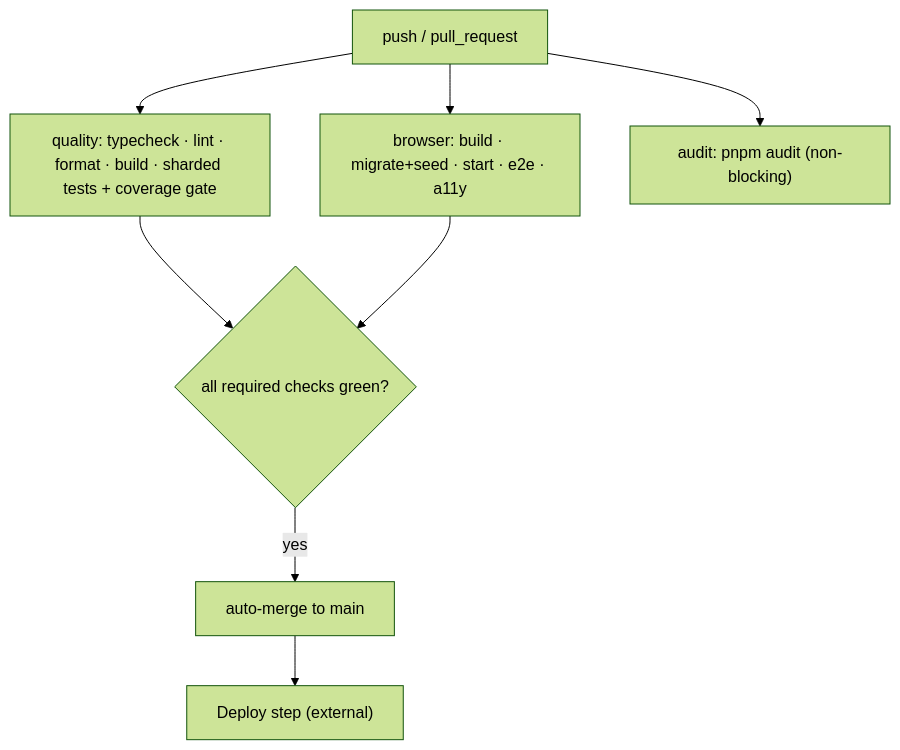
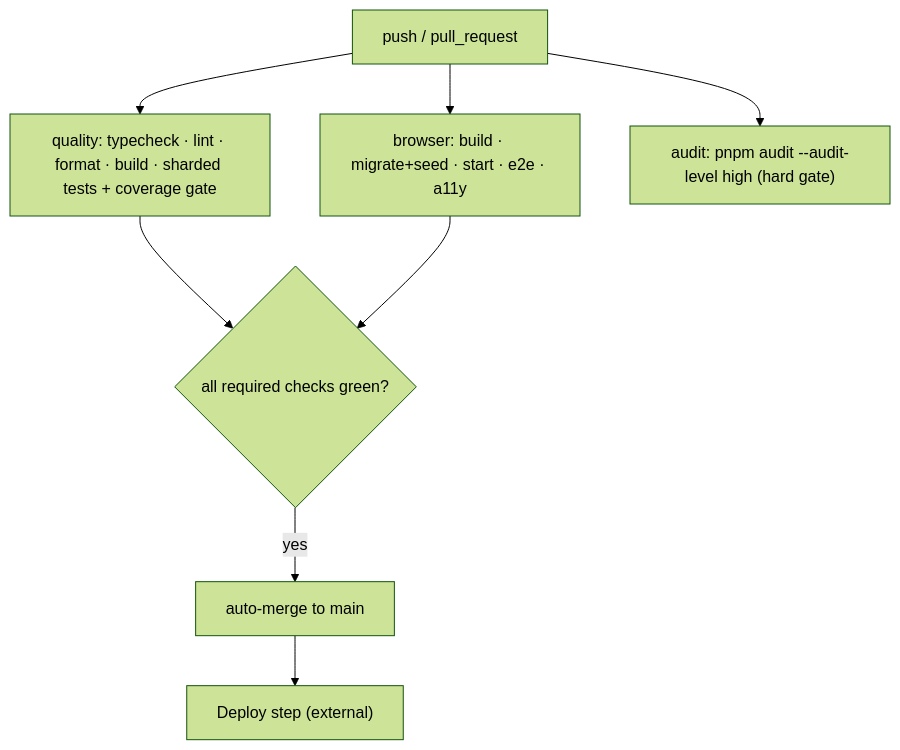
Before and after one commit to devresponse/devresponsekit: the diagram in docs/deployment.md, drawn with Mermaid (forest theme). The commit also changed other lines of this file and 4 other files, not shown here.

````diff
--- a/docs/deployment.md
+++ b/docs/deployment.md
@@ -116,11 +116,11 @@
 ```mermaid
 flowchart TD
     trigger["push / pull_request"] --> quality & browser & audit
     quality["quality: typecheck · lint · format · build · sharded tests + coverage gate"]
     browser["browser: build · migrate+seed · start · e2e · a11y"]
-    audit["audit: pnpm audit (non-blocking)"]
+    audit["audit: pnpm audit --audit-level high (hard gate)"]
     quality --> green{"all required checks green?"}
     browser --> green
     green -- yes --> merge["auto-merge to main"]
     merge --> deploy["Deploy step (external)"]
 ```
````
